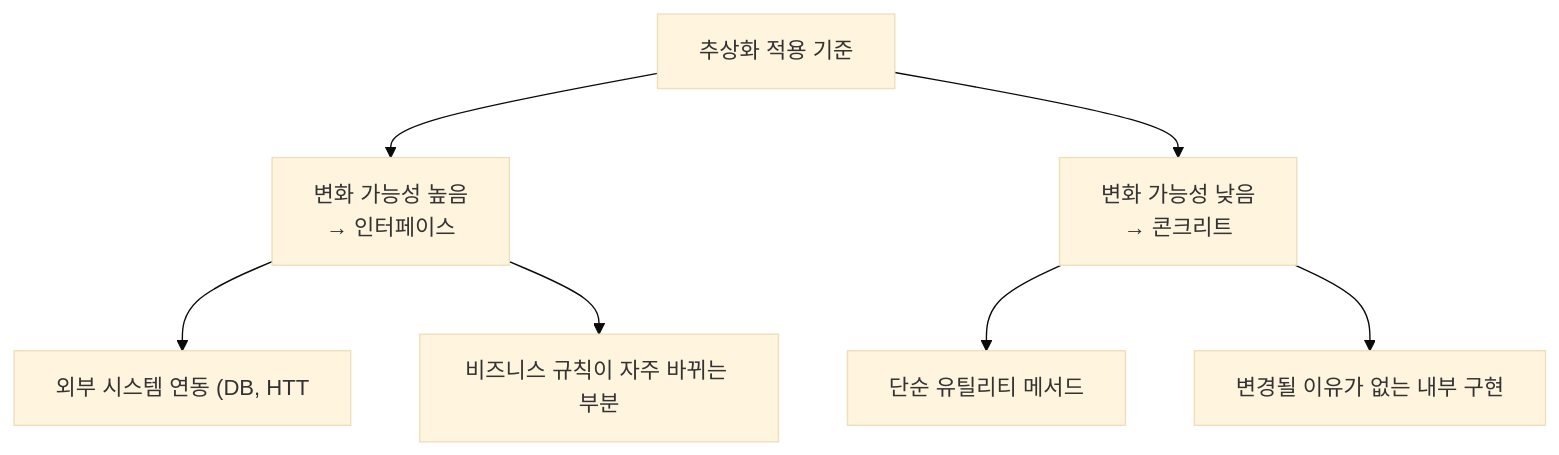
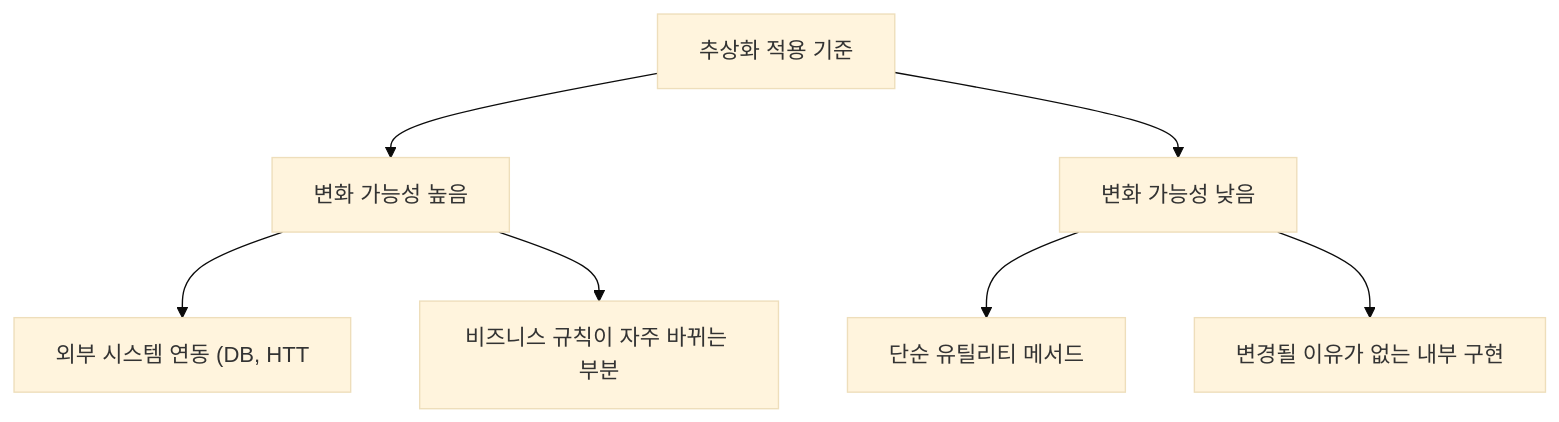
The fifth of 6 diagrams in _posts/java/2021-11-14-java-objects2.md (yjkim2015/yjkim2015.github.io), drawn with Mermaid (base theme) before and after one commit. The commit also changed other lines of this file and 217 other files, not shown here.

First line of the commit message:
Mermaid 크기 수정: useMaxWidth:true + SVG max-width:100% + 라벨 축소

````diff
--- a/_posts/java/2021-11-14-java-objects2.md
+++ b/_posts/java/2021-11-14-java-objects2.md
@@ -260,9 +260,9 @@
 ```mermaid
 graph TD
-    A["추상화 적용 기준"] --> B["변화 가능성 높음\n→ 인터페이스"]
-    A --> C["변화 가능성 낮음\n→ 콘크리트"]
+    A["추상화 적용 기준"] --> B["변화 가능성 높음"]
+    A --> C["변화 가능성 낮음"]
     B --> B1["외부 시스템 연동 (DB, HTT"]
     B --> B2["비즈니스 규칙이 자주 바뀌는 부분"]
     C --> C1["단순 유틸리티 메서드"]
     C --> C2["변경될 이유가 없는 내부 구현"]
 ```
````
